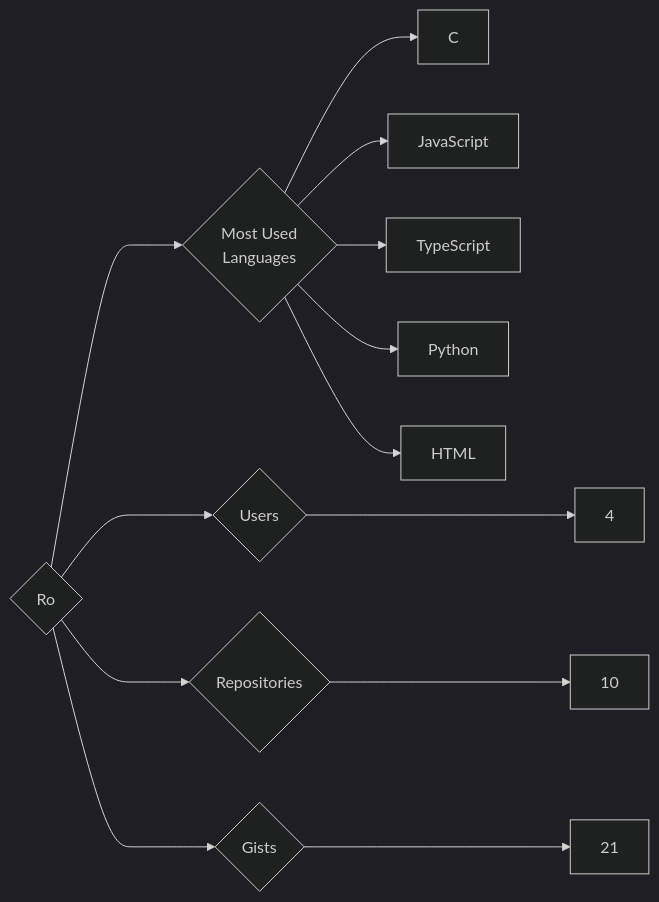
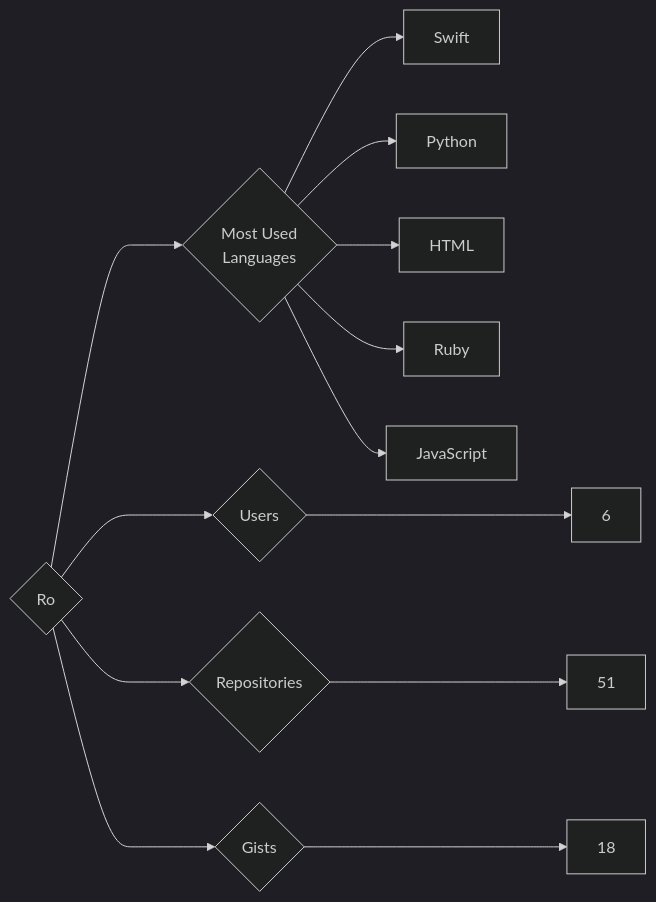
Before and after one commit to trickest/insiders: the diagram in targets/Ro/README.md, drawn with Mermaid (dark theme). The commit also changed 1508 other files, not shown here.

````diff
--- a/targets/Ro/README.md
+++ b/targets/Ro/README.md
@@ -3,13 +3,13 @@
 ```mermaid
 graph LR
 COMPANY_NAME{Ro}
-COMPANY_NAME ---> U{Users} ---> UN[4]
-COMPANY_NAME ---> R{Repositories} ---> RN[10]
-COMPANY_NAME ---> G{Gists} ---> GN[21]
+COMPANY_NAME ---> U{Users} ---> UN[6]
+COMPANY_NAME ---> R{Repositories} ---> RN[51]
+COMPANY_NAME ---> G{Gists} ---> GN[18]
 COMPANY_NAME ---> ML{Most Used<br>Languages}
-ML --> C[C]
-ML --> JavaScript[JavaScript]
-ML --> TypeScript[TypeScript]
+ML --> Swift[Swift]
 ML --> Python[Python]
 ML --> HTML[HTML]
+ML --> Ruby[Ruby]
+ML --> JavaScript[JavaScript]
 ```
````
